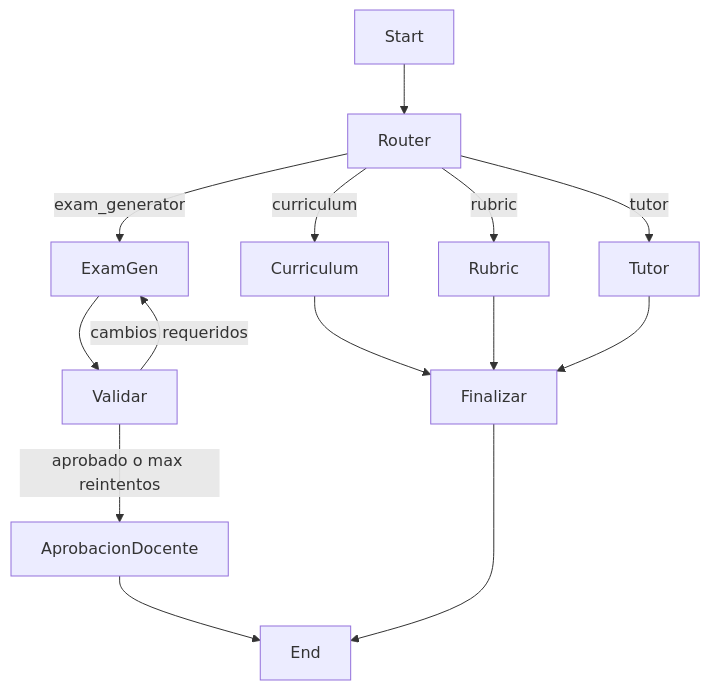
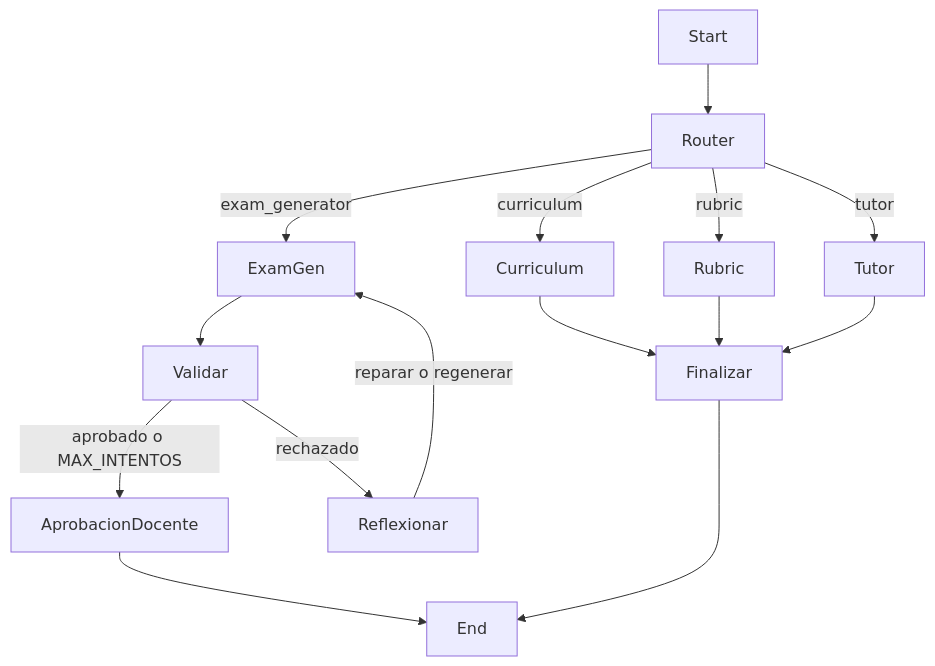
The second of 3 diagrams in docs/implementacion.md (DavidLeonP/Orquestacion-Agentes), drawn with Mermaid before and after one commit. The commit also changed other lines of this file and 70 other files, not shown here.

````diff
--- a/docs/implementacion.md
+++ b/docs/implementacion.md
@@ -107,16 +122,17 @@
 ```mermaid
 flowchart TD
     Start --> Router
     Router -->|curriculum| Curriculum
     Router -->|exam_generator| ExamGen
     Router -->|rubric| Rubric
     Router -->|tutor| Tutor
     ExamGen --> Validar
-    Validar -->|aprobado o max reintentos| AprobacionDocente
-    Validar -->|cambios requeridos| ExamGen
+    Validar -->|aprobado o MAX_INTENTOS| AprobacionDocente
+    Validar -->|rechazado| Reflexionar
+    Reflexionar -->|reparar o regenerar| ExamGen
     Curriculum --> Finalizar
     Rubric --> Finalizar
     Tutor --> Finalizar
     AprobacionDocente --> End
     Finalizar --> End
 ```
````
